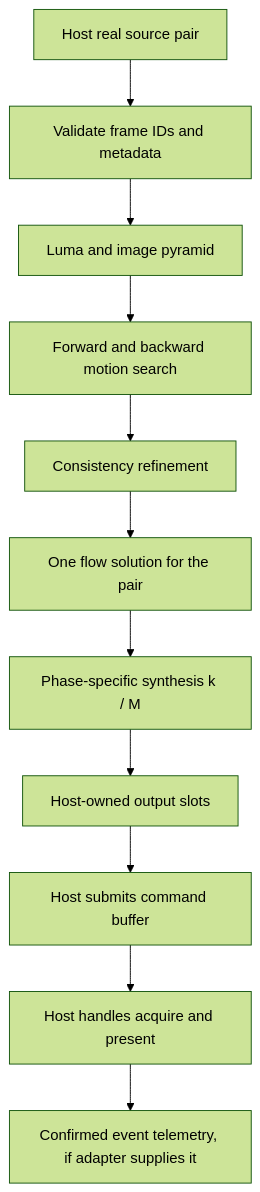
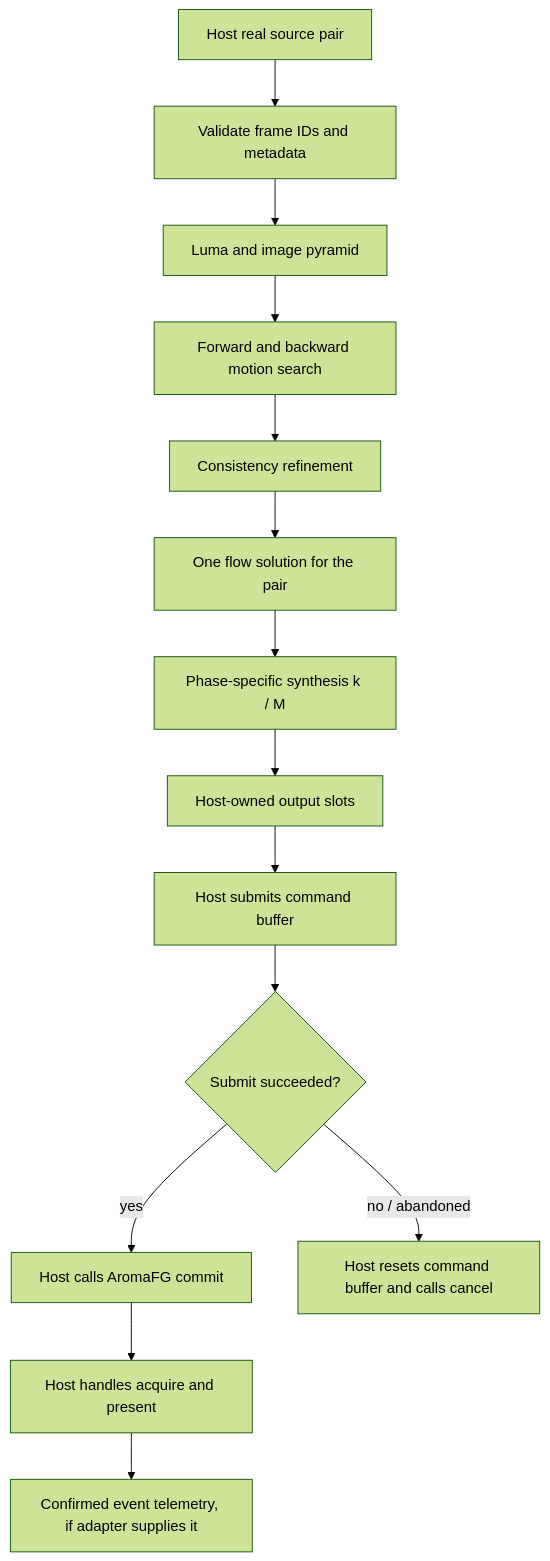
The diagram in docs/architecture.md (Snap888/AromaFG), drawn with Mermaid (forest theme) before and after one commit. The commit also changed other lines of this file, not shown here.

Commit message:
docs(api): define host transaction and lifetime contract

```diff
--- a/docs/architecture.md
+++ b/docs/architecture.md
@@ -17,13 +17,16 @@
 ~~~mermaid
 flowchart TD
   A[Host real source pair] --> B[Validate frame IDs and metadata]
   B --> C[Luma and image pyramid]
   C --> D[Forward and backward motion search]
   D --> E[Consistency refinement]
   E --> F[One flow solution for the pair]
   F --> G[Phase-specific synthesis k / M]
   G --> H[Host-owned output slots]
   H --> I[Host submits command buffer]
-  I --> J[Host handles acquire and present]
-  J --> K[Confirmed event telemetry, if adapter supplies it]
+  I --> J{Submit succeeded?}
+  J -->|yes| K[Host calls AromaFG commit]
+  J -->|no / abandoned| L[Host resets command buffer and calls cancel]
+  K --> M[Host handles acquire and present]
+  M --> N[Confirmed event telemetry, if adapter supplies it]
 ~~~
```
